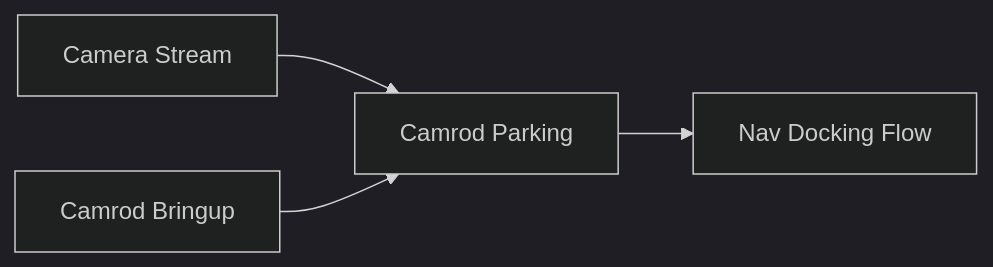
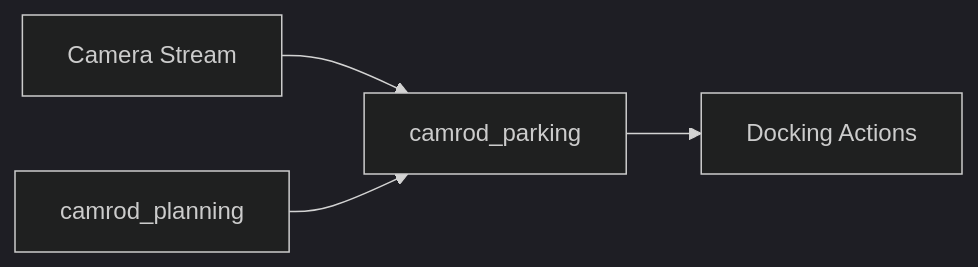
The second of 2 diagrams in camrod_parking/README.md (hwanhonglee/CAMROD), drawn with Mermaid (dark theme) before and after one commit. The commit also changed other lines of this file and 15 other files, not shown here.

````diff
--- a/camrod_parking/README.md
+++ b/camrod_parking/README.md
@@ -34,6 +50,6 @@
 ```mermaid
 graph LR
-  CAM[Camera Stream] --> PARK[Camrod Parking]
-  PARK --> NAV[Nav Docking Flow]
-  BR[Camrod Bringup] --> PARK
+  SENS[Camera Stream] --> PARK[camrod_parking]
+  PLAN[camrod_planning] --> PARK
+  PARK --> ACT[Docking Actions]
 ```
````
